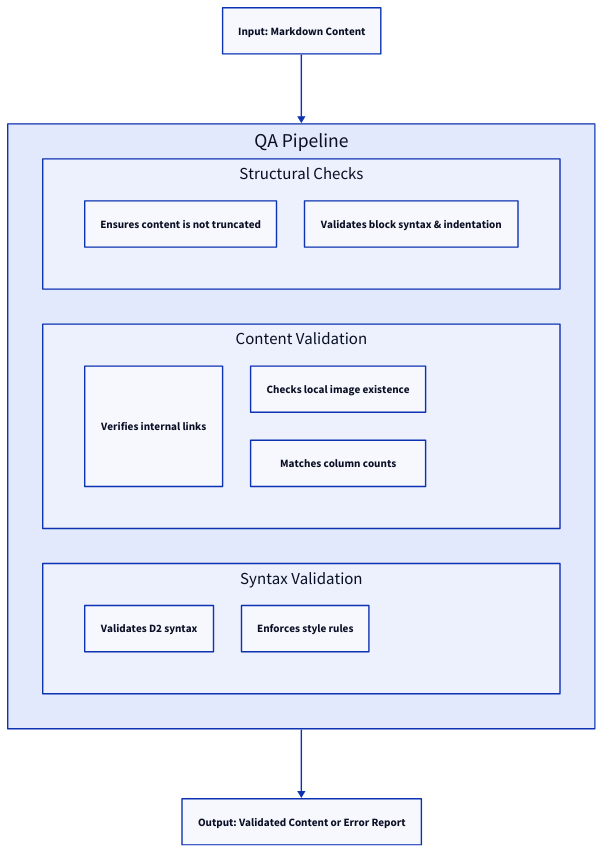
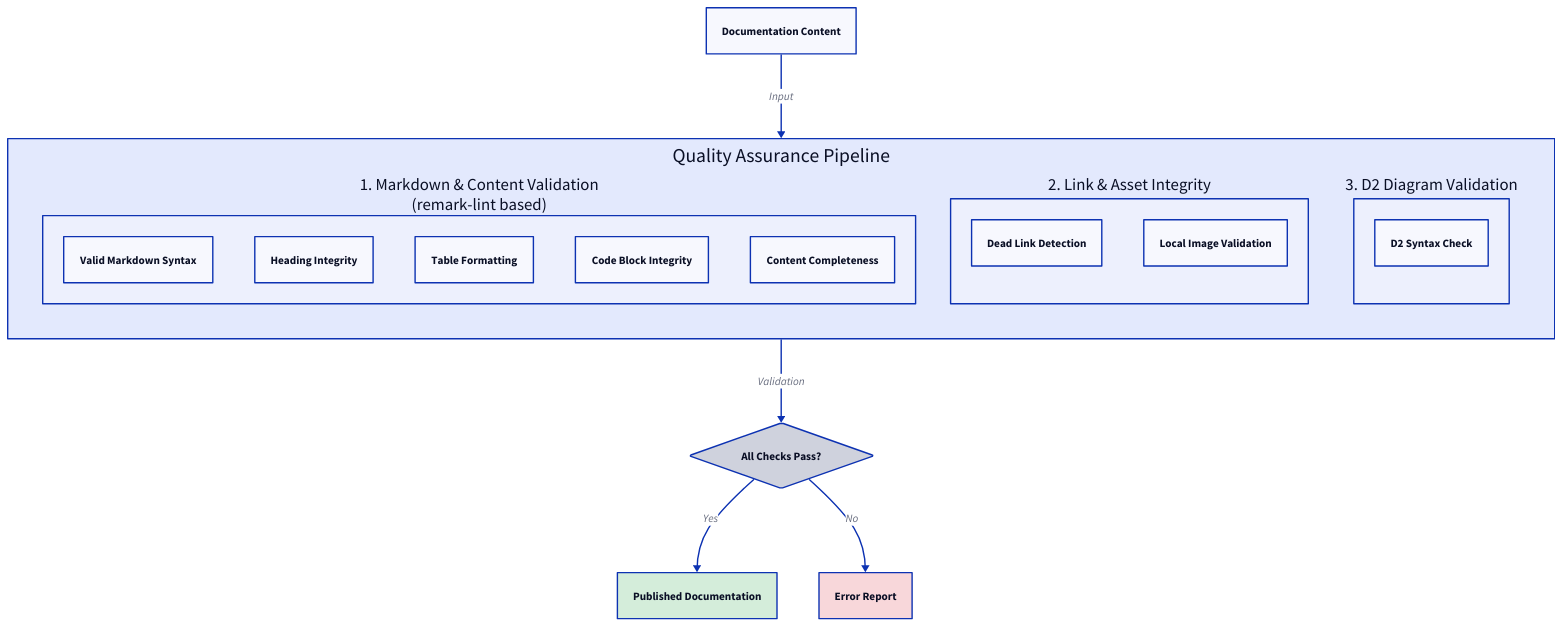
The diagram in docs/advanced-quality-assurance.md (AIGNE-io/aigne-doc-smith), drawn with D2 before and after one commit. The commit also changed other lines of this file and 69 other files, not shown here.

````diff
--- a/docs/advanced-quality-assurance.md
+++ b/docs/advanced-quality-assurance.md
@@ -7,48 +5,63 @@
-```d2
+```d2 Quality Assurance Pipeline icon=lucide:shield-check
 direction: down
 
-Input-Markdown-Content: {
-  label: "Input: Markdown Content"
+Documentation-Content: {
+  label: "Documentation Content"
   shape: rectangle
 }
 
-QA-Pipeline: {
-  label: "QA Pipeline"
+Quality-Assurance-Pipeline: {
+  label: "Quality Assurance Pipeline"
   shape: rectangle
-  grid-columns: 1
+  grid-columns: 3
   grid-gap: 50
 
-  Structural-Checks: {
-    label: "Structural Checks"
+  Markdown-Validation: {
+    label: "1. Markdown & Content Validation\n(remark-lint based)"
     shape: rectangle
-    grid-columns: 2
-    Completeness: "Ensures content is not truncated"
-    Code-Blocks: "Validates block syntax & indentation"
+
+    Check-1: "Valid Markdown Syntax"
+    Check-2: "Heading Integrity"
+    Check-3: "Table Formatting"
+    Check-4: "Code Block Integrity"
+    Check-5: "Content Completeness"
   }
 
-  Content-Validation: {
-    label: "Content Validation"
+  Link-Asset-Validation: {
+    label: "2. Link & Asset Integrity"
     shape: rectangle
-    grid-columns: 2
-    Link-Integrity: "Verifies internal links"
-    Image-Paths: "Checks local image existence"
-    Table-Formatting: "Matches column counts"
+
+    Check-6: "Dead Link Detection"
+    Check-7: "Local Image Validation"
   }
 
-  Syntax-Validation: {
-    label: "Syntax Validation"
+  D2-Diagram-Validation: {
+    label: "3. D2 Diagram Validation"
     shape: rectangle
-    grid-columns: 2
-    D2-Diagrams: "Validates D2 syntax"
-    Markdown-Linting: "Enforces style rules"
+
+    Check-8: "D2 Syntax Check"
   }
 }
 
-Output-Validated-Content-or-Error-Report: {
-  label: "Output: Validated Content or Error Report"
-  shape: rectangle
+Validation-Result: {
+  label: "All Checks Pass?"
+  shape: diamond
 }
 
-Input-Markdown-Content -> QA-Pipeline
-QA-Pipeline -> Output-Validated-Content-or-Error-Report
+Published-Documentation: {
+  label: "Published Documentation"
+  shape: rectangle
+  style.fill: "#d4edda"
+}
+
+Error-Report: {
+  label: "Error Report"
+  shape: rectangle
+  style.fill: "#f8d7da"
+}
+
+Documentation-Content -> Quality-Assurance-Pipeline: "Input"
+Quality-Assurance-Pipeline -> Validation-Result: "Validation"
+Validation-Result -> Published-Documentation: "Yes"
+Validation-Result -> Error-Report: "No"
 ```
````
